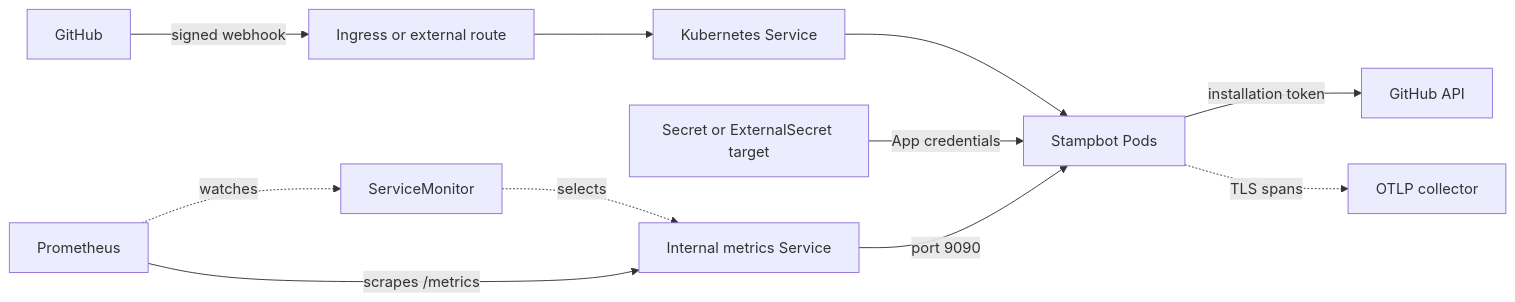
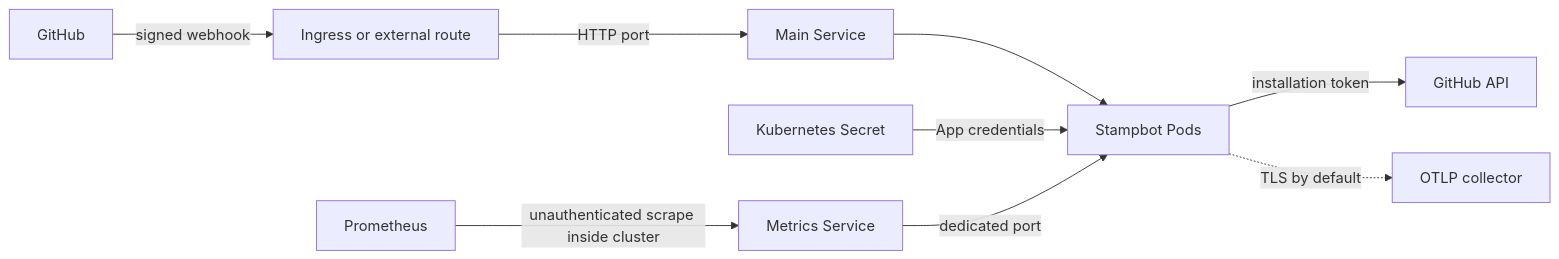
One commit to dannysauer/stampbot changed the diagram in charts/stampbot/README.md. Above: the diagram before and after it, drawn with Mermaid. The commit also changed other lines of this file and 15 other files, not shown here.

````diff
--- a/charts/stampbot/README.md
+++ b/charts/stampbot/README.md
@@ -10,24 +16,21 @@
 ```mermaid
 flowchart LR
     github["GitHub"]
-    ingress["Ingress or external route"]
-    service["Kubernetes Service"]
+    route["Ingress or external route"]
+    appService["Main Service"]
     pods["Stampbot Pods"]
+    secret["Kubernetes Secret"]
     api["GitHub API"]
-    secret["Secret or ExternalSecret target"]
+    metricsService["Metrics Service"]
     prometheus["Prometheus"]
-    monitor["ServiceMonitor"]
     collector["OTLP collector"]
-    metricsService["Internal metrics Service"]
 
-    github -->|signed webhook| ingress
-    ingress --> service
-    service --> pods
-    secret -->|App credentials| pods
-    pods -->|installation token| api
-    pods -.->|TLS spans| collector
-    prometheus -.->|watches| monitor
-    monitor -.->|selects| metricsService
-    prometheus -->|scrapes /metrics| metricsService
-    metricsService -->|port 9090| pods
+    github -->|"signed webhook"| route
+    route -->|"HTTP port"| appService
+    appService --> pods
+    secret -->|"App credentials"| pods
+    pods -->|"installation token"| api
+    prometheus -->|"unauthenticated scrape inside cluster"| metricsService
+    metricsService -->|"dedicated port"| pods
+    pods -.->|"TLS by default"| collector
 ```
````
